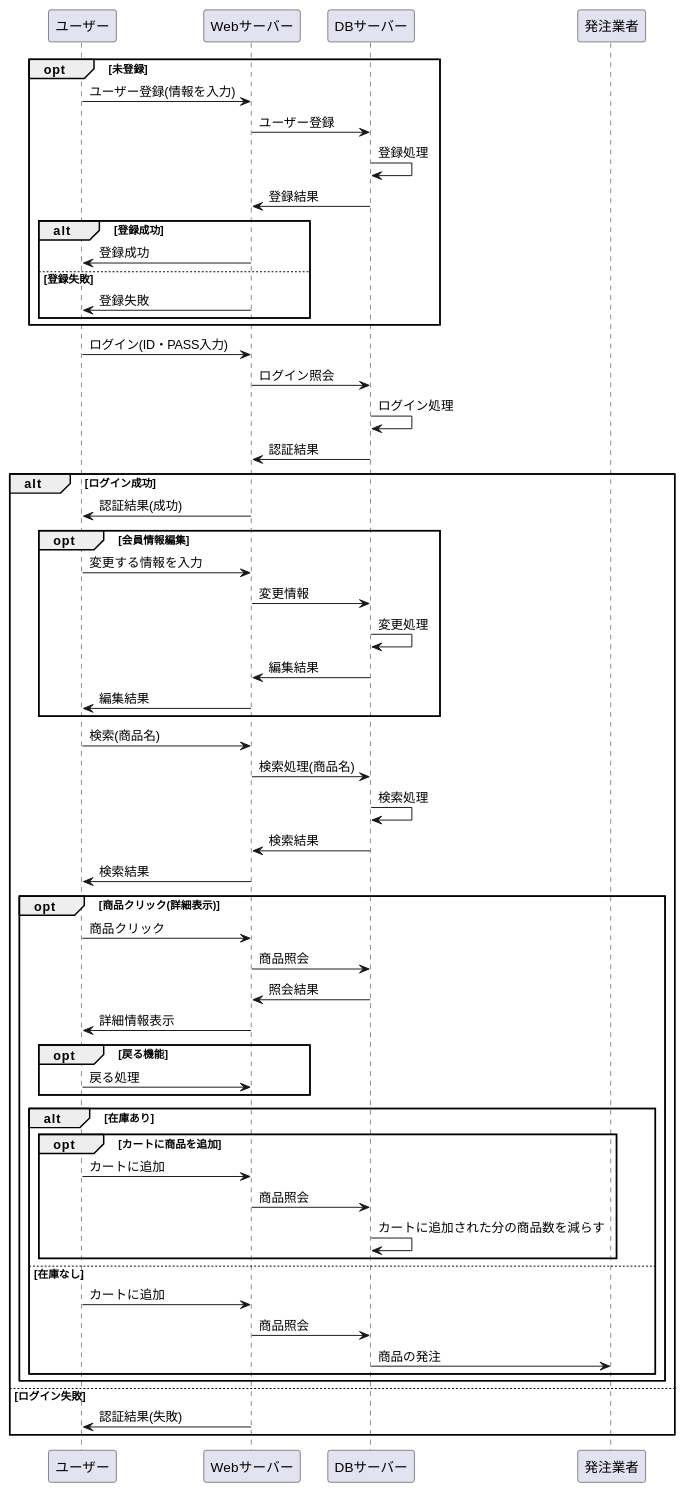
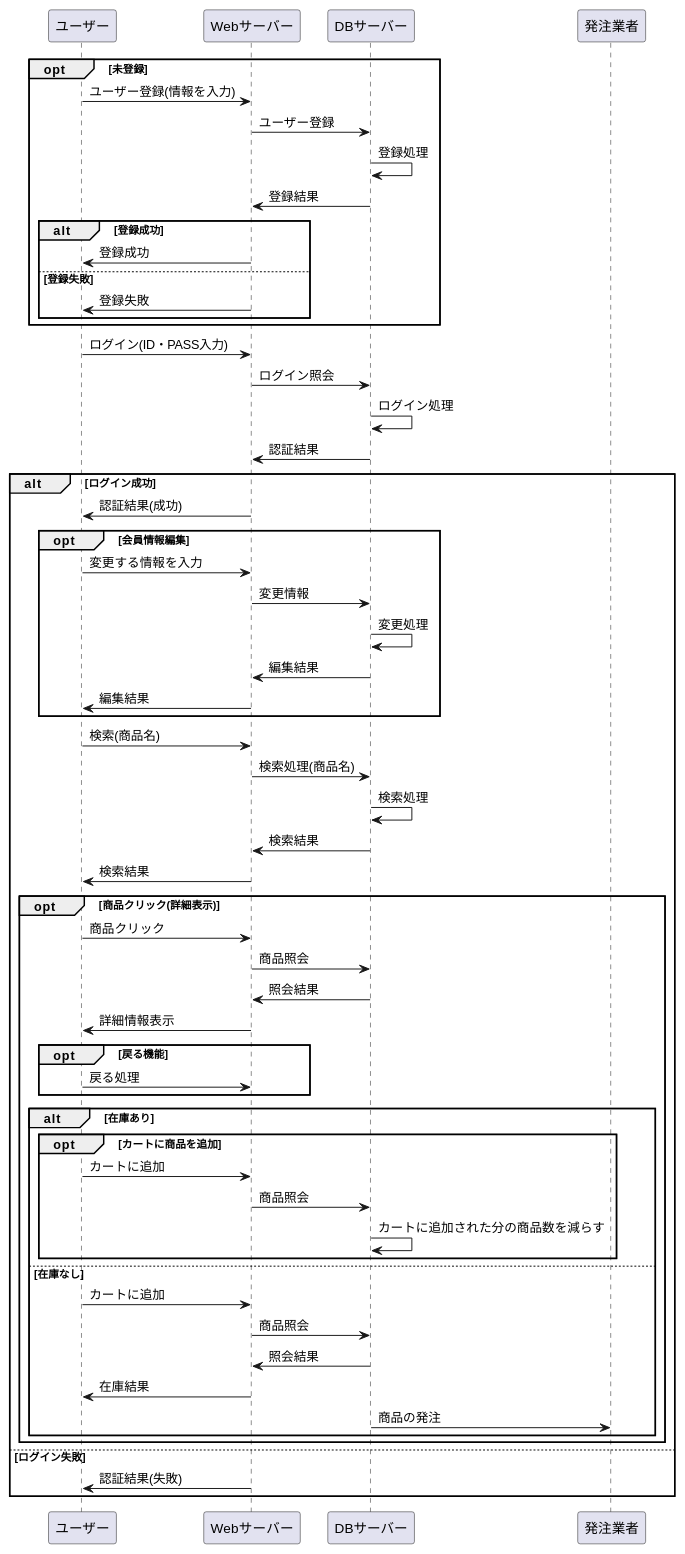
One commit to Aso2001154/2021sys-design changed the diagram in sample.md. Above: the diagram before and after it, drawn with PlantUML.

````diff
--- a/sample.md
+++ b/sample.md
@@ -1,62 +1,64 @@
 ```uml
 @startuml
 opt 未登録
 ユーザー -> Webサーバー : ユーザー登録(情報を入力)
 Webサーバー -> DBサーバー : ユーザー登録
 DBサーバー -> DBサーバー : 登録処理
 DBサーバー -> Webサーバー : 登録結果
 
 alt 登録成功
 Webサーバー -> ユーザー : 登録成功
 else 登録失敗
 Webサーバー -> ユーザー : 登録失敗
 end
 end
 
 ユーザー -> Webサーバー : ログイン(ID・PASS入力)
 Webサーバー -> DBサーバー : ログイン照会
 DBサーバー -> DBサーバー : ログイン処理
 DBサーバー -> Webサーバー : 認証結果
 
 alt ログイン成功
 Webサーバー -> ユーザー : 認証結果(成功)
 
 opt 会員情報編集
 ユーザー -> Webサーバー : 変更する情報を入力
 Webサーバー -> DBサーバー :変更情報
 DBサーバー -> DBサーバー : 変更処理
 DBサーバー -> Webサーバー : 編集結果
 Webサーバー -> ユーザー : 編集結果
 end
 
 ユーザー -> Webサーバー : 検索(商品名)
 Webサーバー -> DBサーバー : 検索処理(商品名)
 DBサーバー -> DBサーバー : 検索処理
 DBサーバー -> Webサーバー : 検索結果
 Webサーバー -> ユーザー : 検索結果
 
 opt 商品クリック(詳細表示)
 ユーザー -> Webサーバー : 商品クリック
 Webサーバー -> DBサーバー : 商品照会
 DBサーバー -> Webサーバー : 照会結果
 Webサーバー -> ユーザー : 詳細情報表示
 opt 戻る機能
 ユーザー -> Webサーバー : 戻る処理
 end
 alt 在庫あり
 opt カートに商品を追加
 ユーザー -> Webサーバー : カートに追加
 Webサーバー -> DBサーバー : 商品照会
 DBサーバー -> DBサーバー : カートに追加された分の商品数を減らす
 end
 else 在庫なし
 ユーザー -> Webサーバー : カートに追加
 Webサーバー -> DBサーバー : 商品照会
+DBサーバー -> Webサーバー : 照会結果
+Webサーバー -> ユーザー : 在庫結果
 DBサーバー -> 発注業者 : 商品の発注
 end
 end
 else ログイン失敗
 Webサーバー -> ユーザー : 認証結果(失敗)
 end
 @enduml
 ```
````
